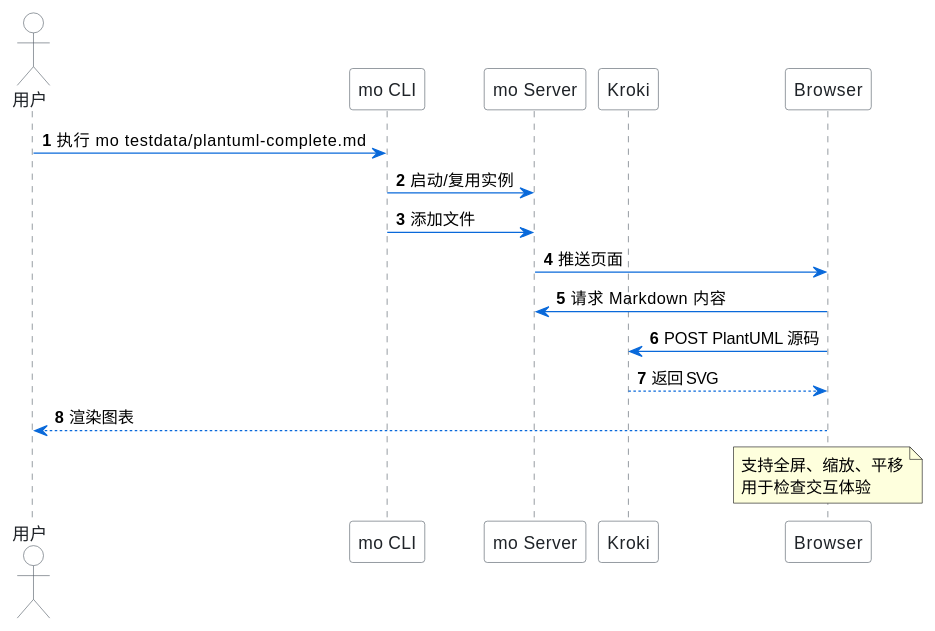
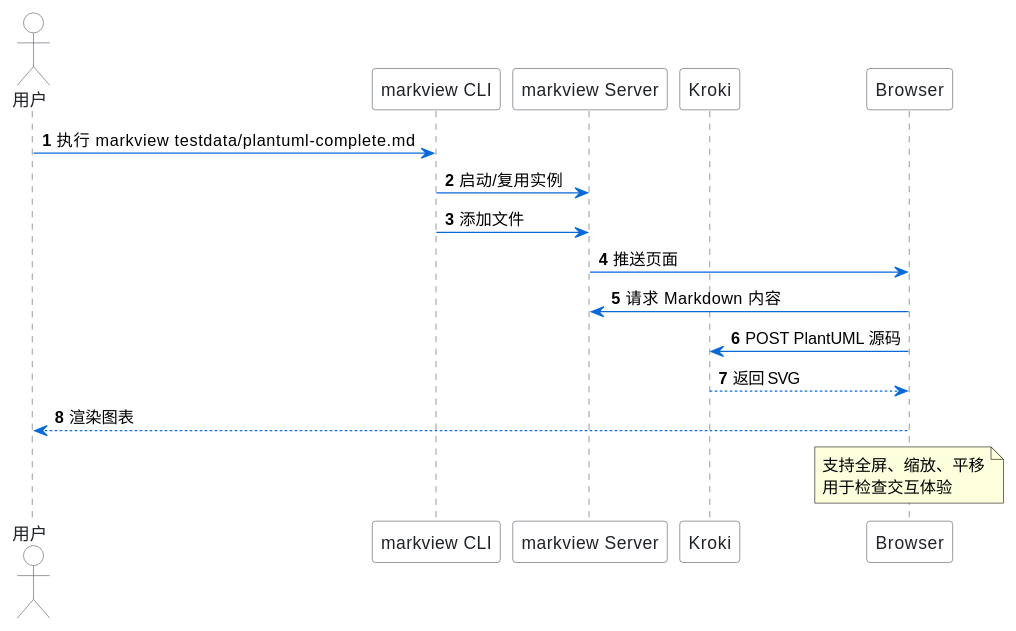
One commit to kooksee/markview changed the first of 8 diagrams in testdata/plantuml-complete.md. Above: the diagram before and after it, drawn with PlantUML. The commit also changed other lines of this file and 116 other files, not shown here.

````diff
--- a/testdata/plantuml-complete.md
+++ b/testdata/plantuml-complete.md
@@ -10,37 +10,37 @@
 ```plantuml
 @startuml
 skinparam shadowing false
 skinparam sequence {
   ArrowColor #0969da
   LifeLineBorderColor #57606a
   LifeLineBackgroundColor #f6f8fa
   ParticipantBorderColor #57606a
   ParticipantBackgroundColor #ffffff
   ParticipantFontColor #1f2328
   ActorBorderColor #57606a
   ActorBackgroundColor #ffffff
   ActorFontColor #1f2328
 }
 
 autonumber
 actor 用户 as User
-participant "mo CLI" as CLI
-participant "mo Server" as Server
+participant "markview CLI" as CLI
+participant "markview Server" as Server
 participant "Kroki" as Kroki
 participant "Browser" as Browser
 
-User -> CLI: 执行 mo testdata/plantuml-complete.md
+User -> CLI: 执行 markview testdata/plantuml-complete.md
 CLI -> Server: 启动/复用实例
 CLI -> Server: 添加文件
 Server -> Browser: 推送页面
 Browser -> Server: 请求 Markdown 内容
 Browser -> Kroki: POST PlantUML 源码
 Kroki --> Browser: 返回 SVG
 Browser --> User: 渲染图表
 
 note over Browser
 支持全屏、缩放、平移
 用于检查交互体验
 end note
 @enduml
 ```
````
